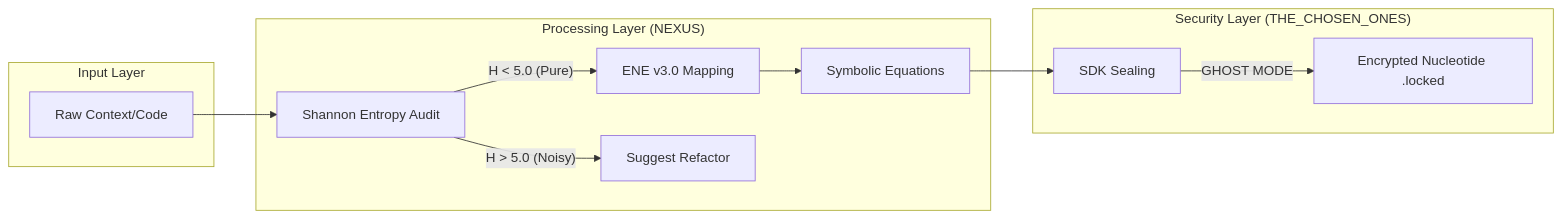
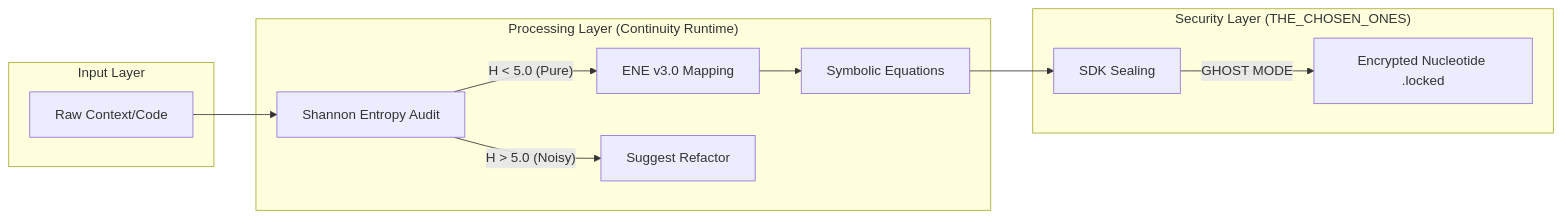
One commit to SteveBlackbeard/CHRONOLITH-by-Ethernium changed the second of 3 diagrams in README.md. Above: the diagram before and after it, drawn with Mermaid. The commit also changed other lines of this file and 35 other files, not shown here.

````diff
--- a/README.md
+++ b/README.md
@@ -250,16 +250,16 @@
 ```mermaid
 graph LR
     subgraph "Input Layer"
         RAW[Raw Context/Code]
     end
-    subgraph "Processing Layer (NEXUS)"
+    subgraph "Processing Layer (Continuity Runtime)"
         RAW --> H[Shannon Entropy Audit]
         H -- "H < 5.0 (Pure)" --> ENE[ENE v3.0 Mapping]
         H -- "H > 5.0 (Noisy)" --> REF[Suggest Refactor]
         ENE --> SYMB[Symbolic Equations]
     end
     subgraph "Security Layer (THE_CHOSEN_ONES)"
         SYMB --> SDK[SDK Sealing]
         SDK -- "GHOST MODE" --> LOCK[Encrypted Nucleotide .locked]
     end
 ```
````
